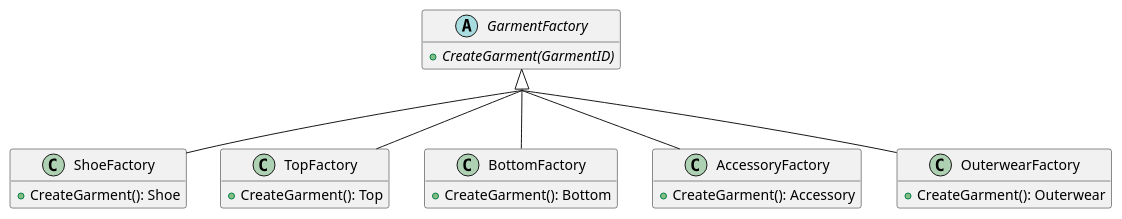
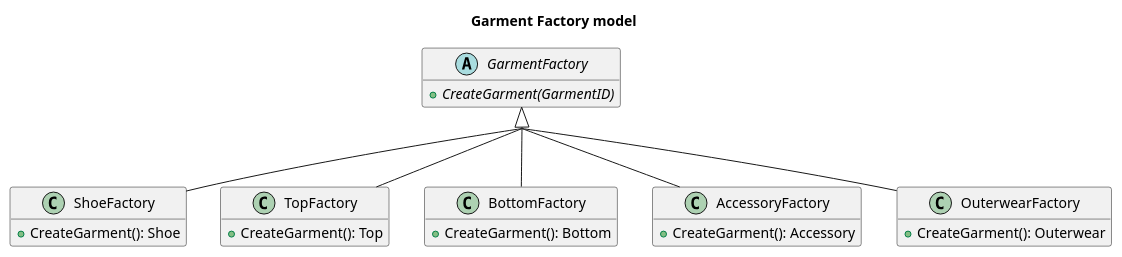
The diagram in UML diagrams/GarmentFactory.puml (Kohort13/PG3302-Eksamen), drawn with PlantUML before and after one commit. The commit also changed 7 other files, not shown here.

```diff
--- a/UML diagrams/GarmentFactory.puml
+++ b/UML diagrams/GarmentFactory.puml
@@ -1,31 +1,32 @@
 @startuml GarmentFactory
 
 '!include GarmentModel.puml!0
+title Garment Factory model
 hide empty members
 
 remove Shade
 remove Colour
 
 skinparam groupInheritance 2
 
 abstract GarmentFactory{
     + {abstract} CreateGarment(GarmentID)
 }
 
 class ShoeFactory extends GarmentFactory{
     + CreateGarment(): Shoe
 }
 class TopFactory extends GarmentFactory{
     + CreateGarment(): Top
 }
 class BottomFactory extends GarmentFactory{
     + CreateGarment(): Bottom
 }
 class AccessoryFactory extends GarmentFactory{
     + CreateGarment(): Accessory
 }
 class OuterwearFactory extends GarmentFactory{
     + CreateGarment(): Outerwear
 }
 
 @enduml
```
